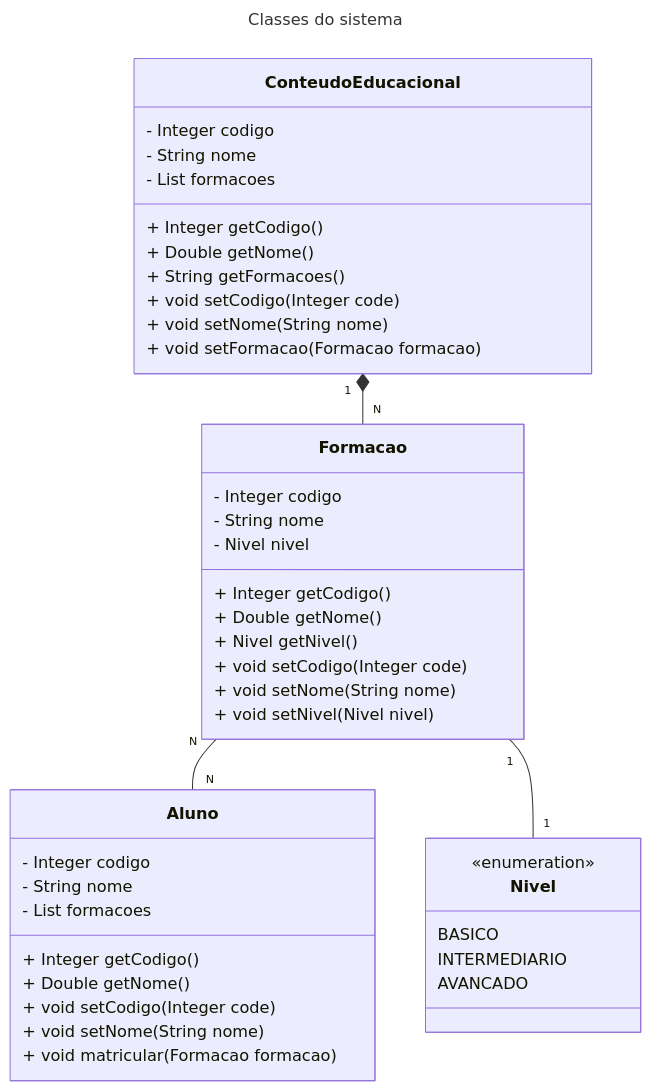
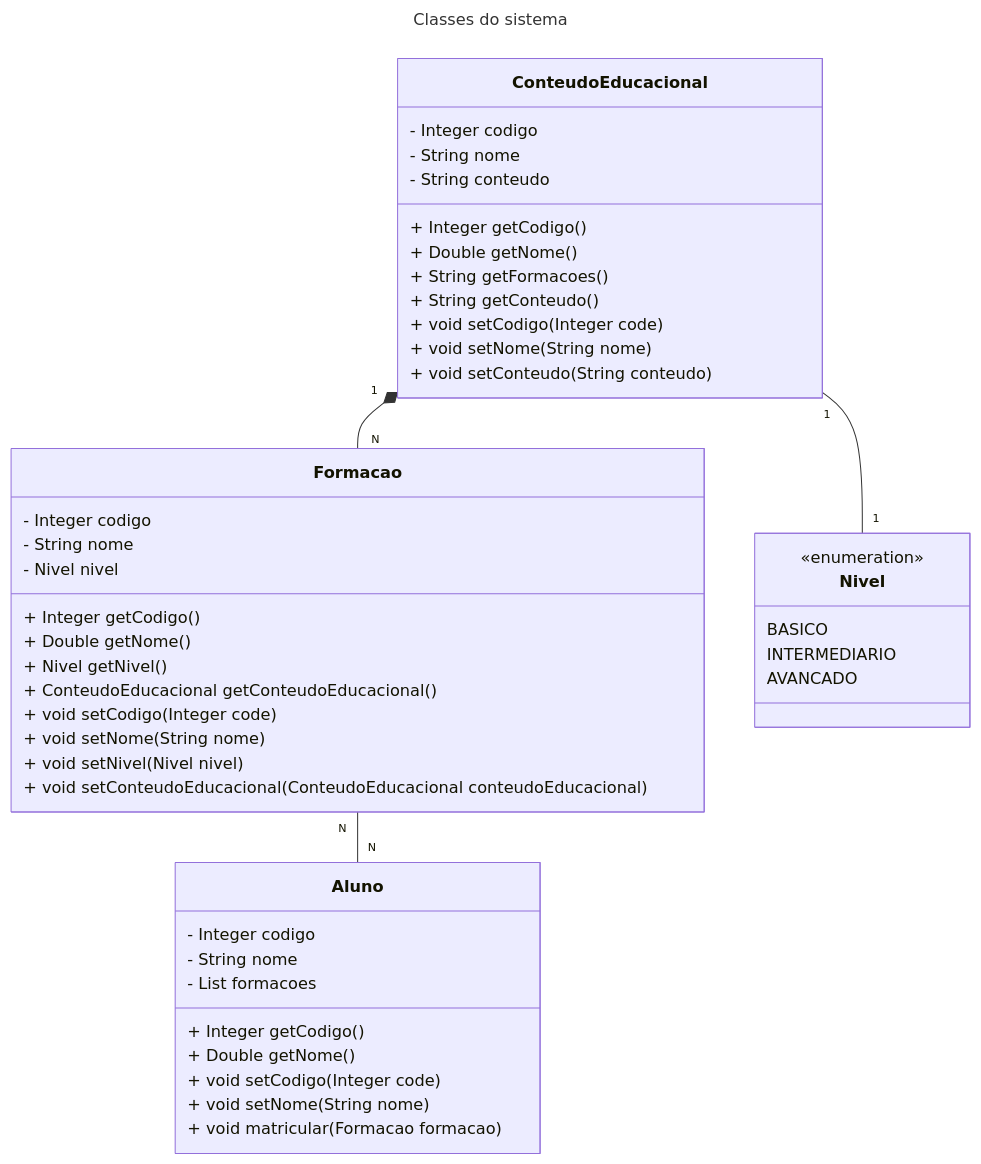
One commit to andreterceiro/dio-kotlin--aprenda-kotlin-com-exemplos-lab changed the diagram in README.md. Above: the diagram before and after it, drawn with Mermaid.

Commit message:
docs: adjusting class relations and properties

````diff
--- a/README.md
+++ b/README.md
@@ -16,51 +16,54 @@
 ```mermaid
 ---
 title: Classes do sistema
 ---
 classDiagram
     class ConteudoEducacional {
         - Integer codigo
         - String nome
-        - List<Formacao> formacoes
+        - String conteudo
         + Integer getCodigo()
         + Double getNome()
         + String getFormacoes()
+        + String getConteudo()
         + void setCodigo(Integer code)
         + void setNome(String nome)
-        + void setFormacao(Formacao formacao)
+        + void setConteudo(String conteudo)
     }
 
     class Formacao {
         - Integer codigo
         - String nome
         - Nivel nivel
         + Integer getCodigo()
         + Double getNome()
         + Nivel getNivel()
+        + ConteudoEducacional getConteudoEducacional()
         + void setCodigo(Integer code)
         + void setNome(String nome)
         + void setNivel(Nivel nivel)
+        + void setConteudoEducacional(ConteudoEducacional conteudoEducacional)
     }
 
     class Aluno {
         - Integer codigo
         - String nome
         - List<Formacao> formacoes
         + Integer getCodigo()
         + Double getNome()
         + void setCodigo(Integer code)
         + void setNome(String nome)
         + void matricular(Formacao formacao)
     }
  
     class Nivel{
         <<enumeration>>
         BASICO
         INTERMEDIARIO
         AVANCADO
     }
 
     ConteudoEducacional "1" *-- "N" Formacao
     Formacao "N" -- "N" Aluno
-    Formacao "1" -- "1" Nivel
+    ConteudoEducacional "1" -- "1" Nivel
 ```
````
